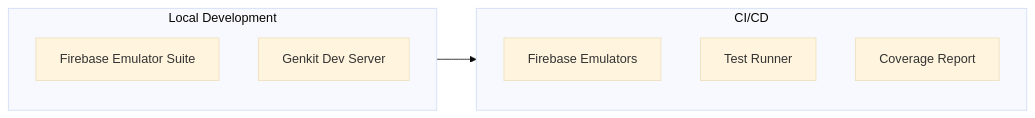
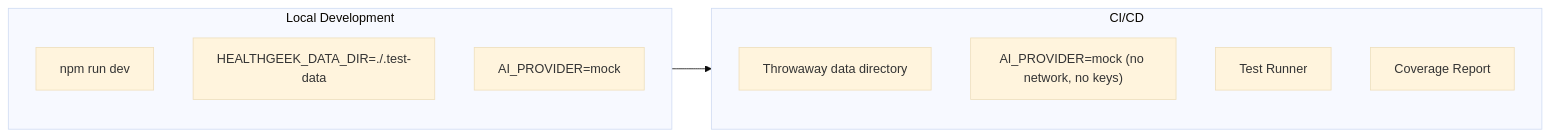
One commit to knotking/healthgeek changed the fifth of 5 diagrams in docs/testing/README.md. Above: the diagram before and after it, drawn with Mermaid (base theme). The commit also changed other lines of this file and 67 other files, not shown here.

````diff
--- a/docs/testing/README.md
+++ b/docs/testing/README.md
@@ -163,15 +165,17 @@
 ```mermaid
 graph LR
     subgraph Local ["Local Development"]
-        Emulator["Firebase Emulator Suite"]
-        MockAI["Genkit Dev Server"]
+        DevServer["npm run dev"]
+        TempStore["HEALTHGEEK_DATA_DIR=./.test-data"]
+        MockAI["AI_PROVIDER=mock"]
     end
 
     subgraph CI ["CI/CD"]
-        EmulatorCI["Firebase Emulators"]
+        CiStore["Throwaway data directory"]
+        CiAI["AI_PROVIDER=mock (no network, no keys)"]
         TestRunner["Test Runner"]
         Coverage["Coverage Report"]
     end
 
     Local --> CI
 ```
````
